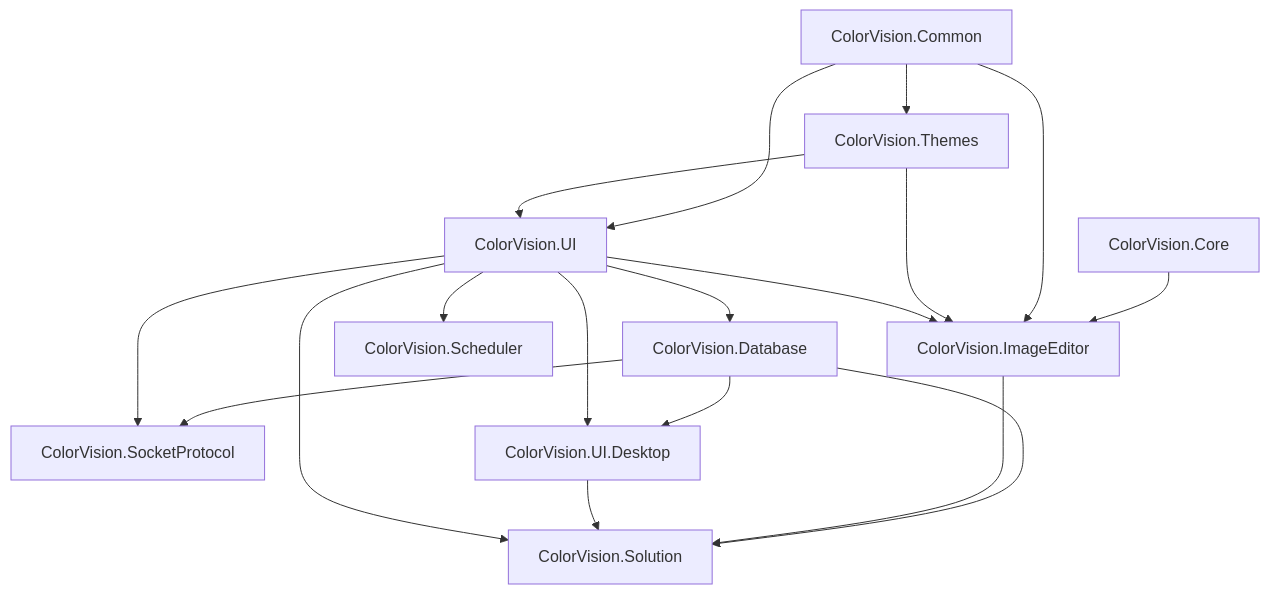
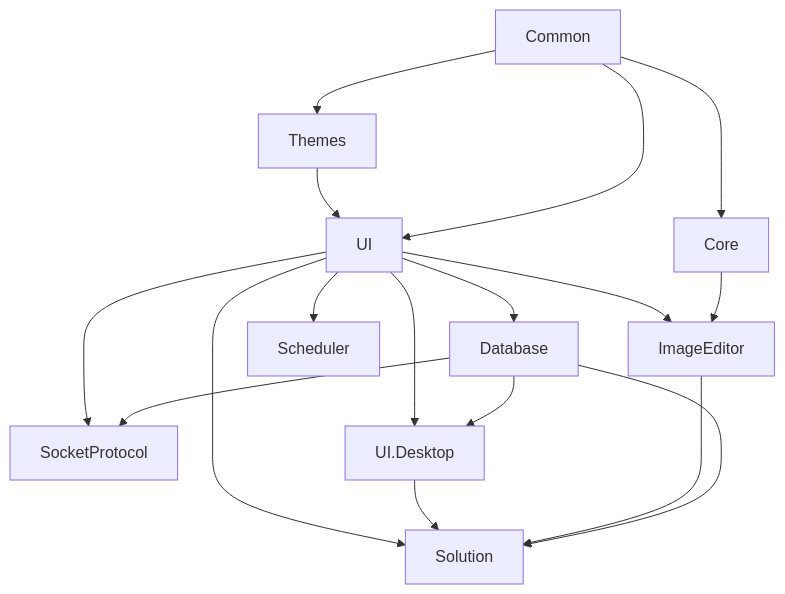
One commit to xincheng213618/scgd_general_wpf changed the diagram in docs/04-api-reference/ui-components/component-handbook.md. Above: the diagram before and after it, drawn with Mermaid. The commit also changed other lines of this file and 180 other files, not shown here.

````diff
--- a/docs/04-api-reference/ui-components/component-handbook.md
+++ b/docs/04-api-reference/ui-components/component-handbook.md
@@ -26,20 +39,19 @@
 ```mermaid
 flowchart TD
-  Common["ColorVision.Common"] --> Themes["ColorVision.Themes"]
-  Common --> UI["ColorVision.UI"]
+  Common["Common"] --> Themes["Themes"]
+  Common --> UI["UI"]
   Themes --> UI
-  Core["ColorVision.Core"] --> ImageEditor["ColorVision.ImageEditor"]
-  Common --> ImageEditor
-  Themes --> ImageEditor
+  Common --> Core["Core"]
+  Core --> ImageEditor["ImageEditor"]
   UI --> ImageEditor
-  UI --> Database["ColorVision.Database"]
-  Database --> Socket["ColorVision.SocketProtocol"]
+  UI --> Database["Database"]
+  Database --> Socket["SocketProtocol"]
   UI --> Socket
-  UI --> Scheduler["ColorVision.Scheduler"]
-  Database --> UIDesktop["ColorVision.UI.Desktop"]
+  UI --> Scheduler["Scheduler"]
+  Database --> UIDesktop["UI.Desktop"]
   UI --> UIDesktop
-  Database --> Solution["ColorVision.Solution"]
+  Database --> Solution["Solution"]
   ImageEditor --> Solution
   UIDesktop --> Solution
   UI --> Solution
 ```
````
